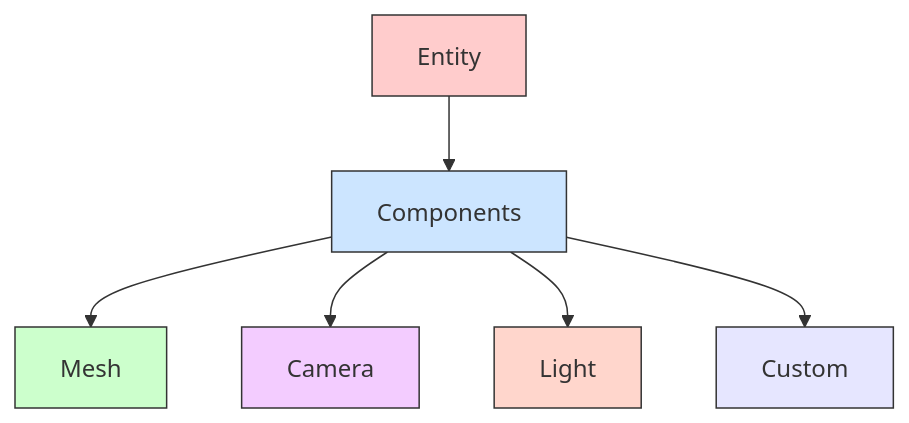
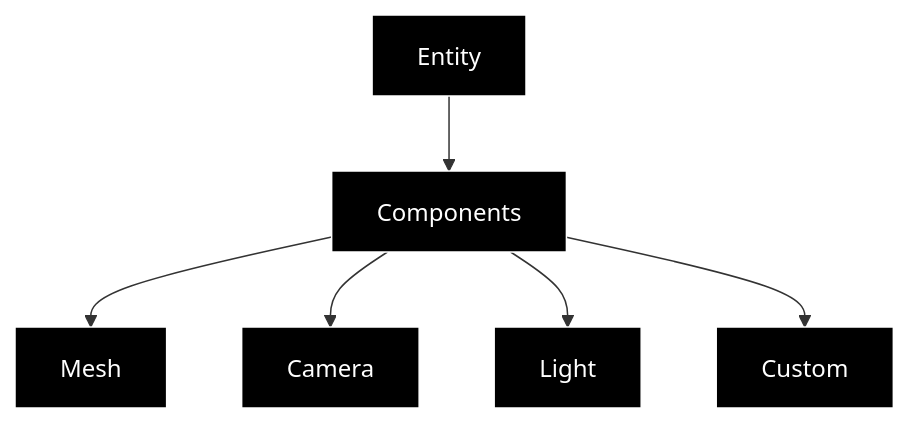
One commit to ukonpower/OREngine changed the first of 2 diagrams in docs/README.md. Above: the diagram before and after it, drawn with Mermaid. The commit also changed other lines of this file and 5 other files, not shown here.

Commit message:
docs: switch diagrams to dark theme

````diff
--- a/docs/README.md
+++ b/docs/README.md
@@ -68,15 +68,15 @@
 ```mermaid
 graph TB
     Entity[Entity] --> Components[Components]
     Components --> Mesh[Mesh]
     Components --> Camera[Camera]
     Components --> Light[Light]
     Components --> Custom[Custom]
 
-    style Entity fill:#ffcccc,stroke:#333
-    style Components fill:#cce5ff,stroke:#333
-    style Mesh fill:#ccffcc,stroke:#333
-    style Camera fill:#f3ccff,stroke:#333
-    style Light fill:#ffd6cc,stroke:#333
-    style Custom fill:#e6e6ff,stroke:#333
+    style Entity fill:#000,stroke:#fff,color:#fff
+    style Components fill:#000,stroke:#fff,color:#fff
+    style Mesh fill:#000,stroke:#fff,color:#fff
+    style Camera fill:#000,stroke:#fff,color:#fff
+    style Light fill:#000,stroke:#fff,color:#fff
+    style Custom fill:#000,stroke:#fff,color:#fff
 ```
````
